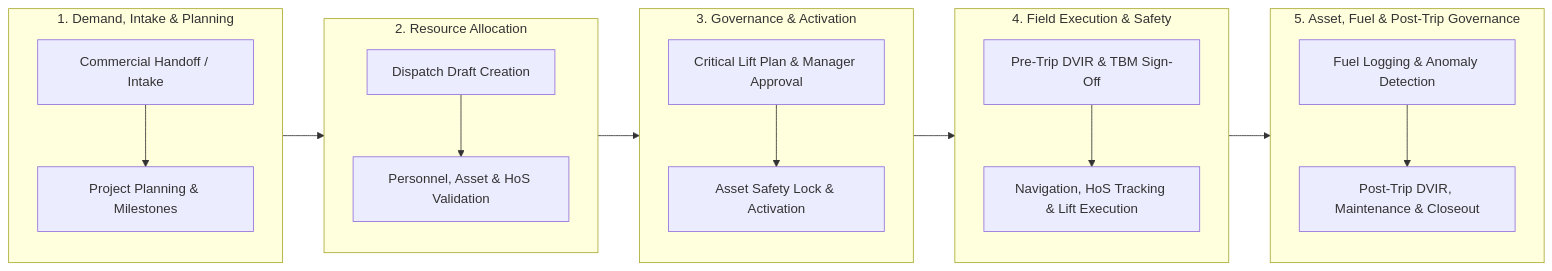
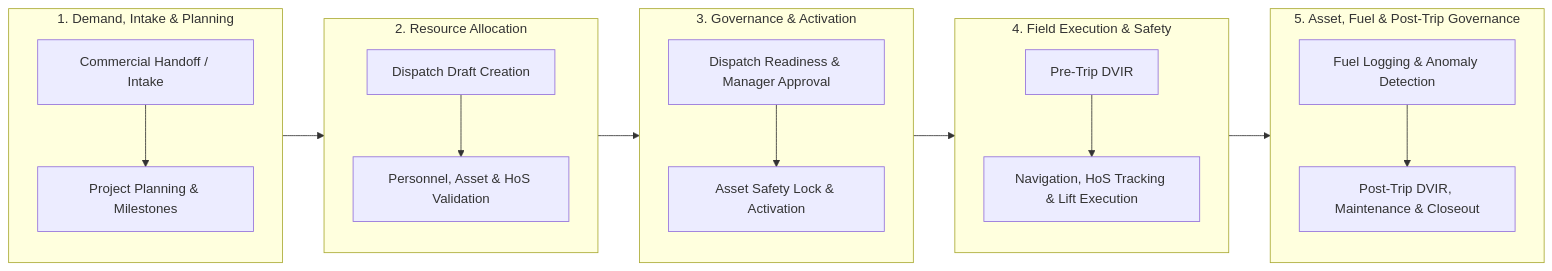
The first of 3 diagrams in Docs/design/Diagrams/bpa.md (Darktodoom123/Core-2), drawn with Mermaid before and after one commit. The commit also changed other lines of this file and 101 other files, not shown here.

````diff
--- a/Docs/design/Diagrams/bpa.md
+++ b/Docs/design/Diagrams/bpa.md
@@ -19,24 +19,24 @@
 ```mermaid
 flowchart LR
     subgraph VS1["1. Demand, Intake & Planning"]
         A1[Commercial Handoff / Intake] --> A2[Project Planning & Milestones]
     end
 
     subgraph VS2["2. Resource Allocation"]
         B1[Dispatch Draft Creation] --> B2[Personnel, Asset & HoS Validation]
     end
 
     subgraph VS3["3. Governance & Activation"]
-        C1[Critical Lift Plan & Manager Approval] --> C2[Asset Safety Lock & Activation]
+        C1[Dispatch Readiness & Manager Approval] --> C2[Asset Safety Lock & Activation]
     end
 
     subgraph VS4["4. Field Execution & Safety"]
-        D1[Pre-Trip DVIR & TBM Sign-Off] --> D2[Navigation, HoS Tracking & Lift Execution]
+        D1[Pre-Trip DVIR] --> D2[Navigation, HoS Tracking & Lift Execution]
     end
 
     subgraph VS5["5. Asset, Fuel & Post-Trip Governance"]
         E1[Fuel Logging & Anomaly Detection] --> E2[Post-Trip DVIR, Maintenance & Closeout]
     end
 
     VS1 --> VS2 --> VS3 --> VS4 --> VS5
 ```
````
